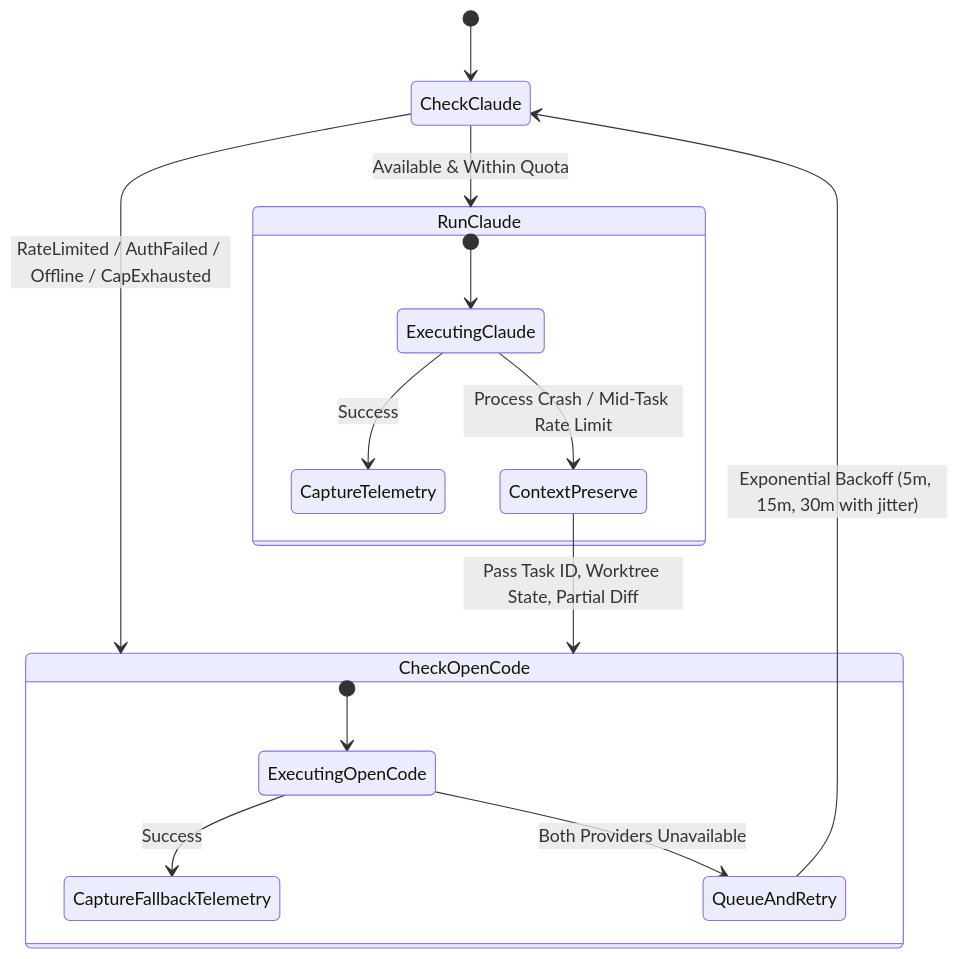
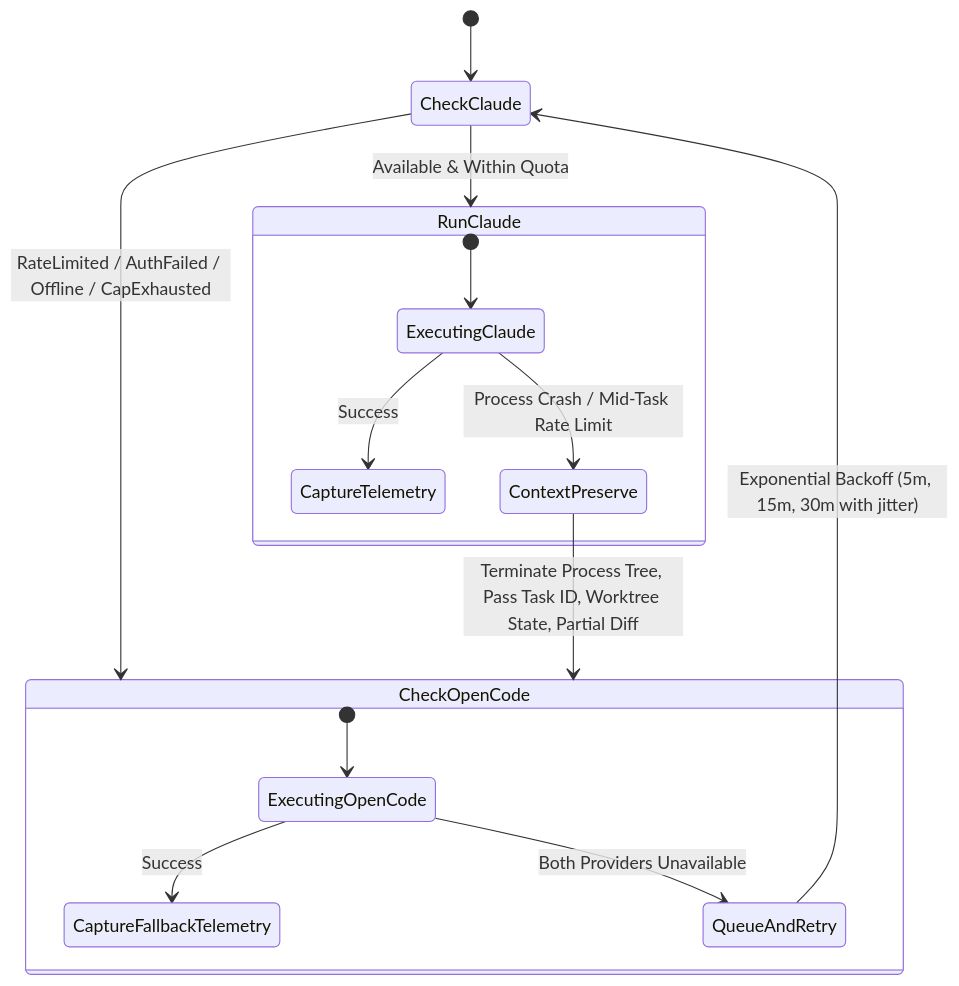
Before and after one commit to Snapwave333/HIVE: the second of 3 diagrams in docs/superpowers/specs/2026-10-31-claude-opencode-coding-orchestrator-design.md, drawn with Mermaid. The commit also changed other lines of this file, not shown here.

Commit message:
docs(spec): update Claude Code + OpenCode Autonomous Development System design spec to v1.1.0

````diff
--- a/docs/superpowers/specs/2026-10-31-claude-opencode-coding-orchestrator-design.md
+++ b/docs/superpowers/specs/2026-10-31-claude-opencode-coding-orchestrator-design.md
@@ -85,22 +87,22 @@
 ```mermaid
 stateDiagram-v2
     [*] --> CheckClaude
     CheckClaude --> RunClaude: Available & Within Quota
     CheckClaude --> CheckOpenCode: RateLimited / AuthFailed / Offline / CapExhausted
 
     state RunClaude {
         [*] --> ExecutingClaude
         ExecutingClaude --> CaptureTelemetry: Success
         ExecutingClaude --> ContextPreserve: Process Crash / Mid-Task Rate Limit
     }
 
-    ContextPreserve --> CheckOpenCode: Pass Task ID, Worktree State, Partial Diff
+    ContextPreserve --> CheckOpenCode: Terminate Process Tree, Pass Task ID, Worktree State, Partial Diff
     
     state CheckOpenCode {
         [*] --> ExecutingOpenCode
         ExecutingOpenCode --> CaptureFallbackTelemetry: Success
         ExecutingOpenCode --> QueueAndRetry: Both Providers Unavailable
     }
 
     QueueAndRetry --> CheckClaude: Exponential Backoff (5m, 15m, 30m with jitter)
 ```
````
